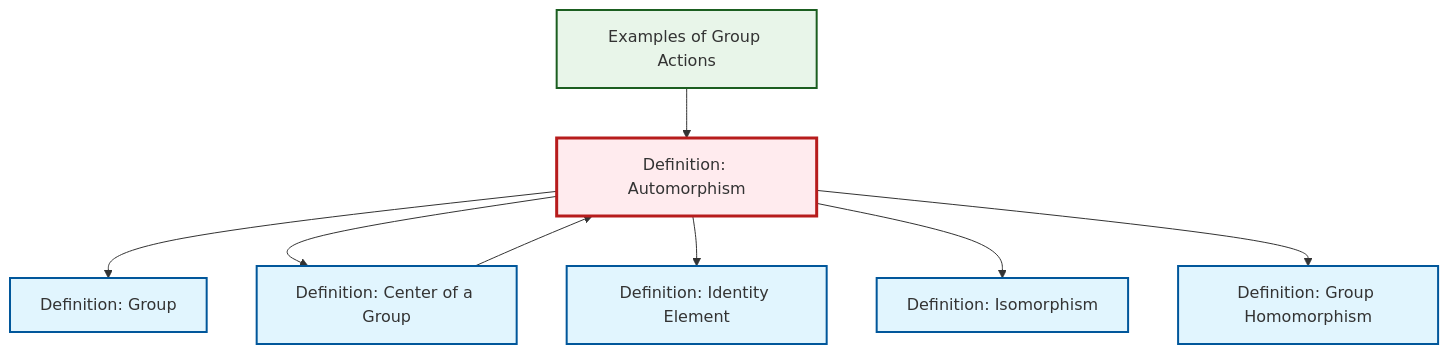
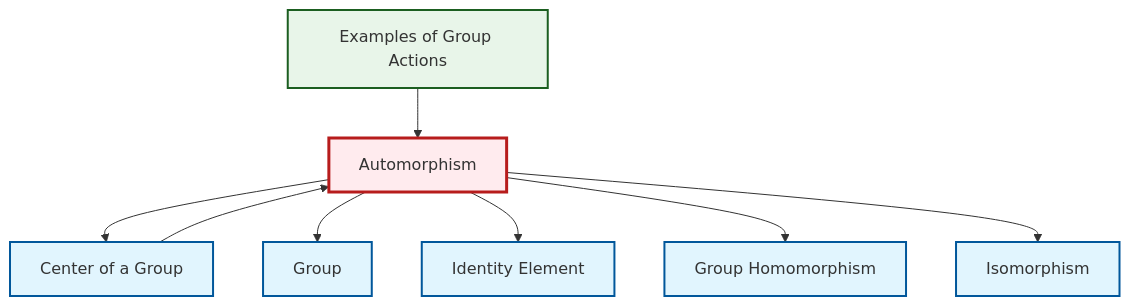
One commit to RK0429/ModernMath changed the diagram in output/mermaid/en/def-automorphism.mermaid. Above: the diagram before and after it, drawn with Mermaid. The commit also changed 3157 other files, not shown here.

```diff
--- a/output/mermaid/en/def-automorphism.mermaid
+++ b/output/mermaid/en/def-automorphism.mermaid
@@ -1,21 +1,21 @@
 graph TD
     classDef definition fill:#e1f5fe,stroke:#01579b,stroke-width:2px
     classDef theorem fill:#f3e5f5,stroke:#4a148c,stroke-width:2px
     classDef axiom fill:#fff3e0,stroke:#e65100,stroke-width:2px
     classDef example fill:#e8f5e9,stroke:#1b5e20,stroke-width:2px
     classDef current fill:#ffebee,stroke:#b71c1c,stroke-width:3px
+    def-isomorphism["Isomorphism"]:::definition
+    def-automorphism["Automorphism"]:::definition
+    def-homomorphism["Group Homomorphism"]:::definition
     ex-group-action-examples["Examples of Group Actions"]:::example
-    def-homomorphism["Definition: Group Homomorphism"]:::definition
-    def-identity-element["Definition: Identity Element"]:::definition
-    def-group["Definition: Group"]:::definition
-    def-automorphism["Definition: Automorphism"]:::definition
-    def-isomorphism["Definition: Isomorphism"]:::definition
-    def-center-of-group["Definition: Center of a Group"]:::definition
+    def-identity-element["Identity Element"]:::definition
+    def-center-of-group["Center of a Group"]:::definition
+    def-group["Group"]:::definition
+    def-automorphism --> def-center-of-group
+    def-automorphism --> def-group
+    def-automorphism --> def-identity-element
+    def-automorphism --> def-homomorphism
     def-center-of-group --> def-automorphism
-    def-automorphism --> def-group
-    def-automorphism --> def-center-of-group
-    def-automorphism --> def-identity-element
     ex-group-action-examples --> def-automorphism
     def-automorphism --> def-isomorphism
-    def-automorphism --> def-homomorphism
     class def-automorphism current
```
